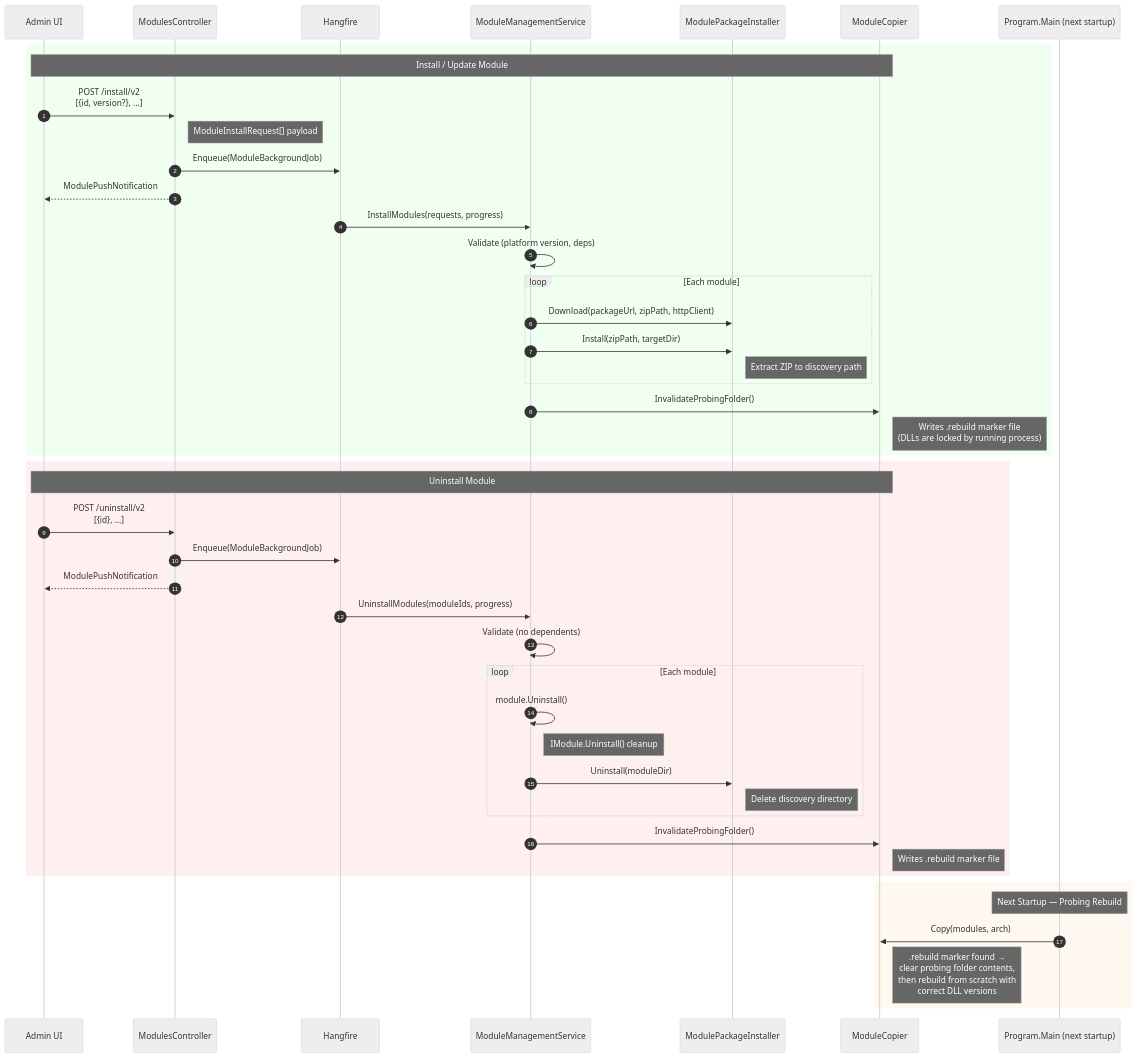
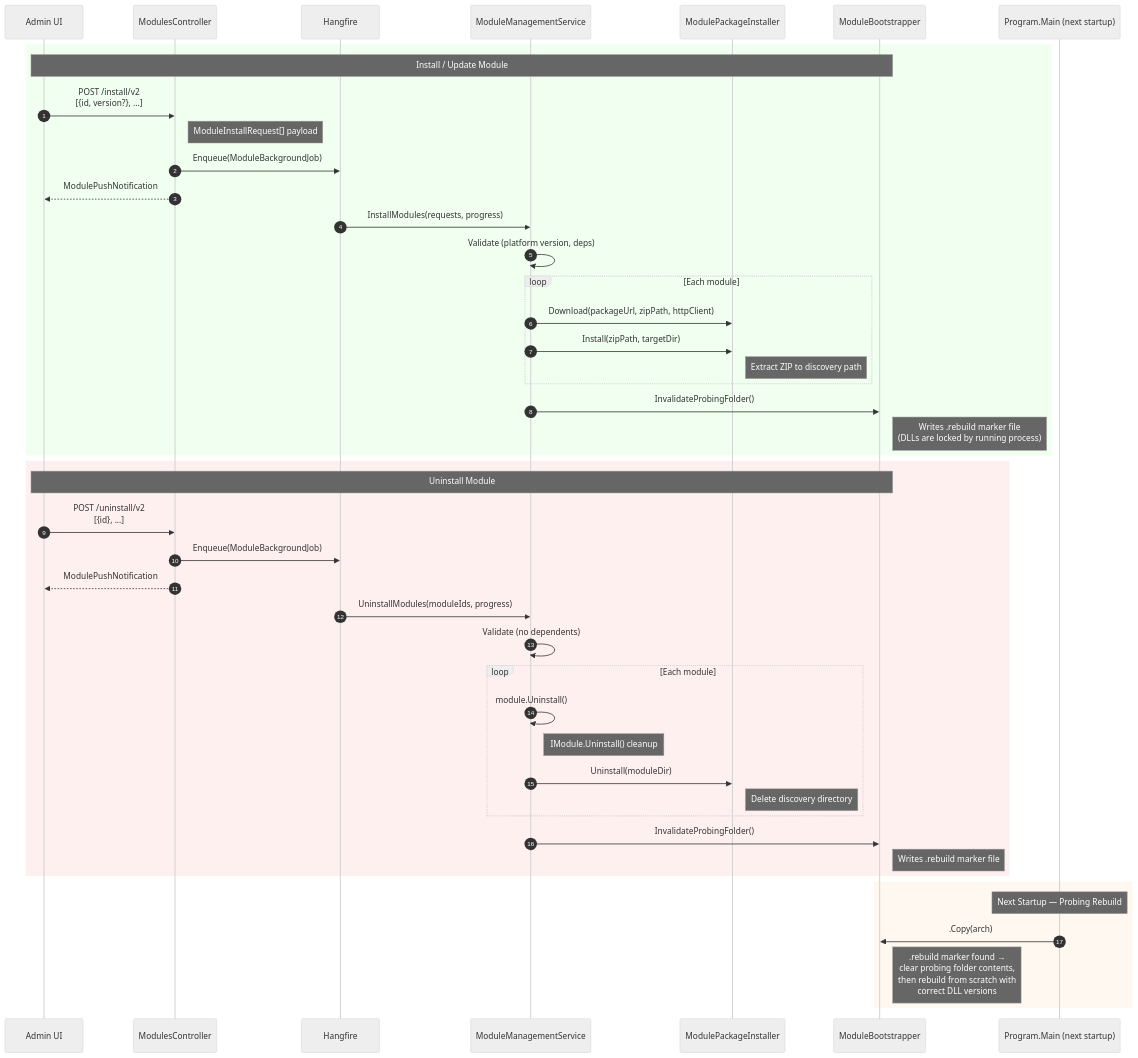
Before and after one commit to VirtoCommerce/vc-platform: the third of 3 diagrams in docs/modularity.md, drawn with Mermaid (neutral theme). The commit also changed other lines of this file and 34 other files, not shown here.

Commit message:
Isolate modularity in ModuleBootstrapper.

````diff
--- a/docs/modularity.md
+++ b/docs/modularity.md
@@ -202,55 +175,55 @@
 ```mermaid
 sequenceDiagram
     autonumber
     participant UI as Admin UI
     participant API as ModulesController
     participant HF as Hangfire
     participant MMS as ModuleManagementService
     participant MPI as ModulePackageInstaller
-    participant MC as ModuleCopier
+    participant MB as ModuleBootstrapper
     participant P as Program.Main (next startup)
 
     rect rgb(240, 255, 240)
-    Note over UI,MC: Install / Update Module
+    Note over UI,MB: Install / Update Module
     UI->>API: POST /install/v2<br/>[{id, version?}, ...]
     Note right of API: ModuleInstallRequest[] payload
     API->>HF: Enqueue(ModuleBackgroundJob)
     API-->>UI: ModulePushNotification
     HF->>MMS: InstallModules(requests, progress)
     MMS->>MMS: Validate (platform version, deps)
 
     loop Each module
         MMS->>MPI: Download(packageUrl, zipPath, httpClient)
         MMS->>MPI: Install(zipPath, targetDir)
         Note right of MPI: Extract ZIP to discovery path
     end
 
-    MMS->>MC: InvalidateProbingFolder()
-    Note right of MC: Writes .rebuild marker file<br/>(DLLs are locked by running process)
+    MMS->>MB: InvalidateProbingFolder()
+    Note right of MB: Writes .rebuild marker file<br/>(DLLs are locked by running process)
     end
 
     rect rgb(255, 240, 240)
-    Note over UI,MC: Uninstall Module
+    Note over UI,MB: Uninstall Module
     UI->>API: POST /uninstall/v2<br/>[{id}, ...]
     API->>HF: Enqueue(ModuleBackgroundJob)
     API-->>UI: ModulePushNotification
     HF->>MMS: UninstallModules(moduleIds, progress)
     MMS->>MMS: Validate (no dependents)
 
     loop Each module
         MMS->>MMS: module.Uninstall()
         Note right of MMS: IModule.Uninstall() cleanup
         MMS->>MPI: Uninstall(moduleDir)
         Note right of MPI: Delete discovery directory
     end
 
-    MMS->>MC: InvalidateProbingFolder()
-    Note right of MC: Writes .rebuild marker file
+    MMS->>MB: InvalidateProbingFolder()
+    Note right of MB: Writes .rebuild marker file
     end
 
     rect rgb(255, 248, 240)
     Note over P: Next Startup — Probing Rebuild
-    P->>MC: Copy(modules, arch)
-    Note right of MC: .rebuild marker found →<br/>clear probing folder contents,<br/>then rebuild from scratch with<br/>correct DLL versions
+    P->>MB: .Copy(arch)
+    Note right of MB: .rebuild marker found →<br/>clear probing folder contents,<br/>then rebuild from scratch with<br/>correct DLL versions
     end
 ```
````
